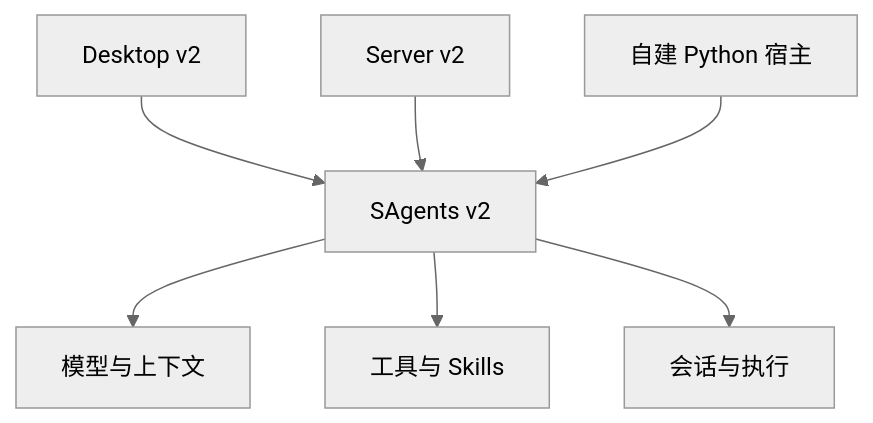
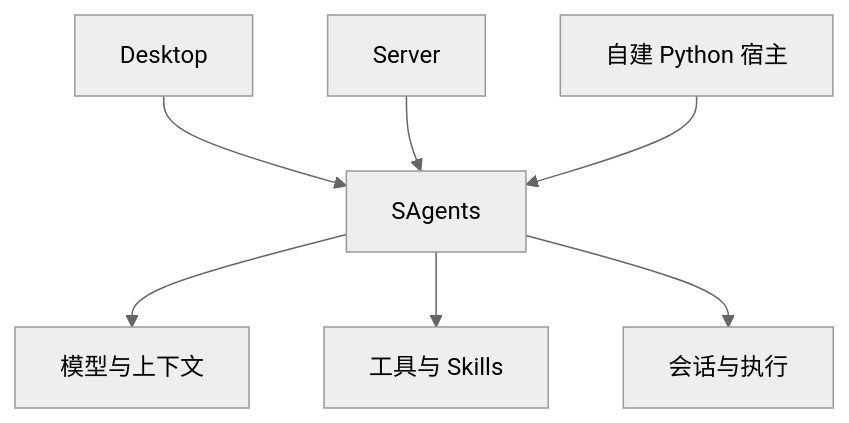
The diagram in docs/zh/architecture/README.md (ZHangZHengEric/Sage), drawn with Mermaid (neutral theme) before and after one commit. The commit also changed other lines of this file and 63 other files, not shown here.

````diff
--- a/docs/zh/architecture/README.md
+++ b/docs/zh/architecture/README.md
@@ -16,9 +16,9 @@
 ```mermaid
 flowchart TB
-    desktop[Desktop v2] --> runtime[SAgents v2]
-    server[Server v2] --> runtime
+    desktop[Desktop] --> runtime[SAgents]
+    server[Server] --> runtime
     custom[自建 Python 宿主] --> runtime
     runtime --> model[模型与上下文]
     runtime --> tools[工具与 Skills]
     runtime --> state[会话与执行]
 ```
````
